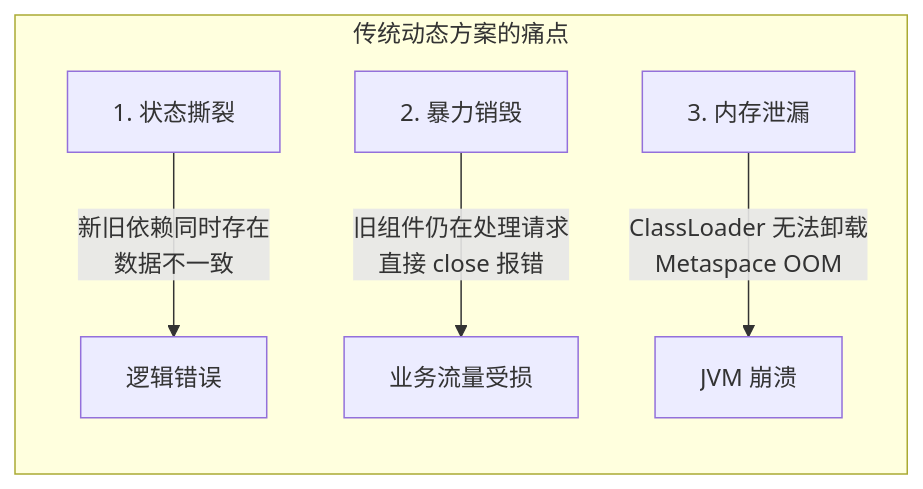
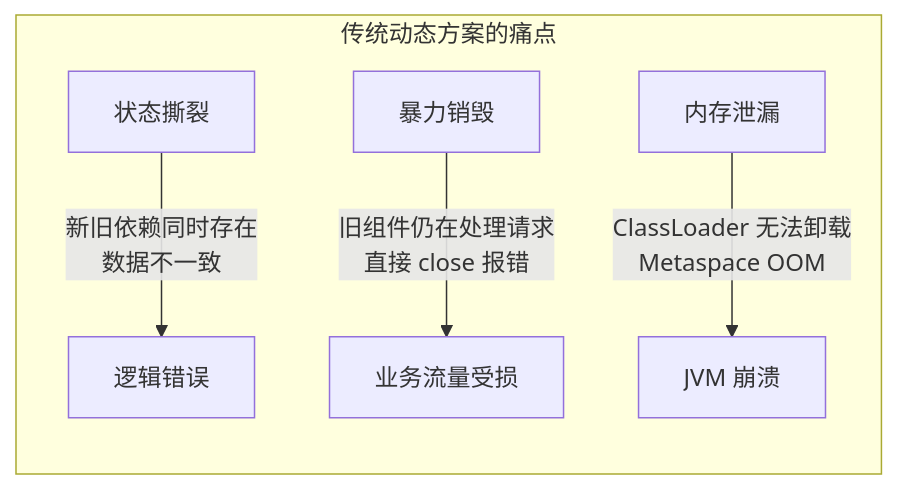
The first of 3 diagrams in README.md (fjay/knotra), drawn with Mermaid before and after one commit. The commit also changed other lines of this file and 7 other files, not shown here.

````diff
--- a/README.md
+++ b/README.md
@@ -20,8 +20,8 @@
 ```mermaid
 graph LR
     subgraph pain_points ["传统动态方案的痛点"]
-        A["1. 状态撕裂"] -->|"新旧依赖同时存在<br/>数据不一致"| P1["逻辑错误"]
-        B["2. 暴力销毁"] -->|"旧组件仍在处理请求<br/>直接 close 报错"| P2["业务流量受损"]
-        C["3. 内存泄漏"] -->|"ClassLoader 无法卸载<br/>Metaspace OOM"| P3["JVM 崩溃"]
+        A["状态撕裂"] -->|"新旧依赖同时存在<br/>数据不一致"| P1["逻辑错误"]
+        B["暴力销毁"] -->|"旧组件仍在处理请求<br/>直接 close 报错"| P2["业务流量受损"]
+        C["内存泄漏"] -->|"ClassLoader 无法卸载<br/>Metaspace OOM"| P3["JVM 崩溃"]
     end
 ```
````
